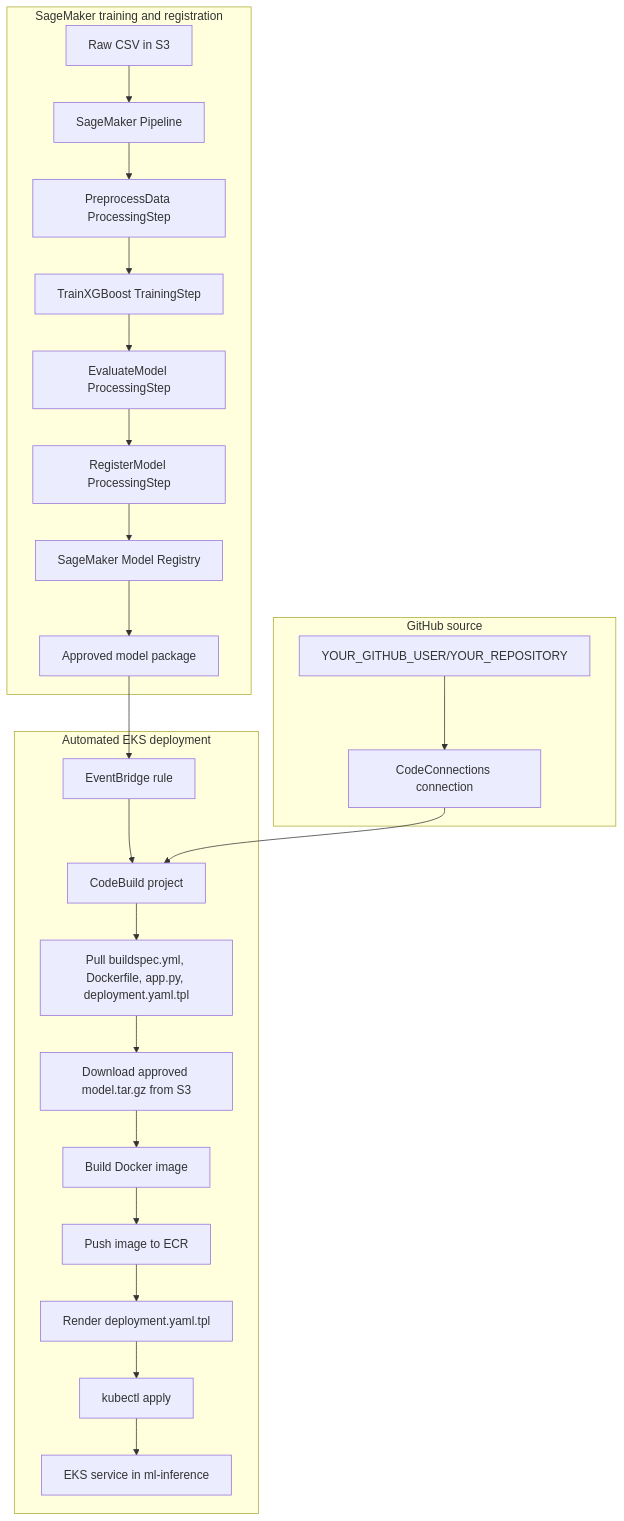
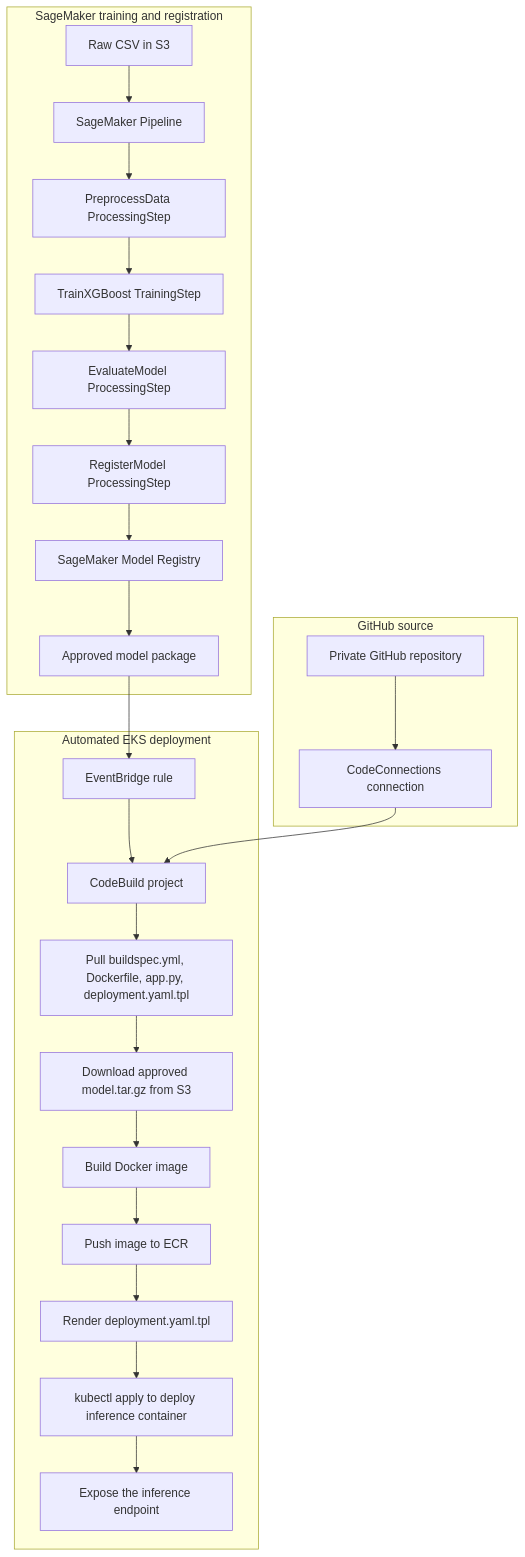
Before and after one commit to garystafford/xgboost-sagemaker-eks-demo-public: the diagram in README.md, drawn with Mermaid. The commit also changed other lines of this file, not shown here.

````diff
--- a/README.md
+++ b/README.md
@@ -32,31 +34,31 @@
 ```mermaid
 flowchart TD
     subgraph Training["SageMaker training and registration"]
         A["Raw CSV in S3"] --> B["SageMaker Pipeline"]
         B --> C["PreprocessData ProcessingStep"]
         C --> D["TrainXGBoost TrainingStep"]
         D --> E["EvaluateModel ProcessingStep"]
         E --> F["RegisterModel ProcessingStep"]
         F --> G["SageMaker Model Registry"]
         G --> H["Approved model package"]
     end
 
     subgraph Source["GitHub source"]
-        S1["YOUR_GITHUB_USER/YOUR_REPOSITORY"]
+        S1["Private GitHub repository"]
         S2["CodeConnections connection"]
         S1 --> S2
     end
 
     subgraph Deploy["Automated EKS deployment"]
         H --> I["EventBridge rule"]
         I --> J["CodeBuild project"]
         S2 --> J
         J --> K["Pull buildspec.yml, Dockerfile, app.py, deployment.yaml.tpl"]
         K --> L["Download approved model.tar.gz from S3"]
         L --> M["Build Docker image"]
         M --> N["Push image to ECR"]
         N --> O["Render deployment.yaml.tpl"]
-        O --> P["kubectl apply"]
-        P --> Q["EKS service in ml-inference"]
+        O --> P["kubectl apply to deploy inference container"]
+        P --> Q["Expose the inference endpoint"]
     end
 ```
````
